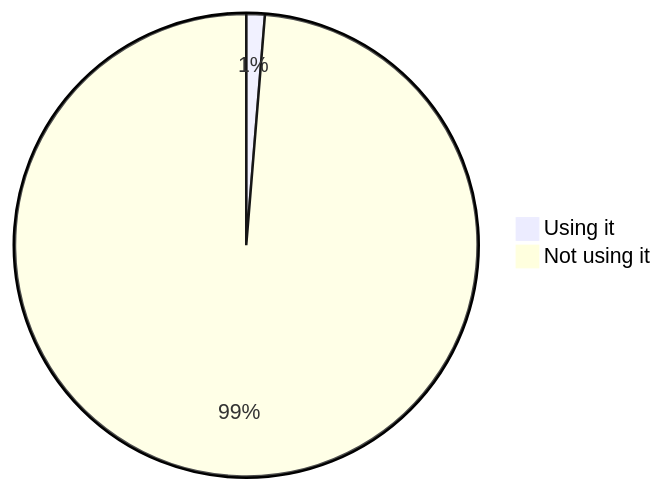
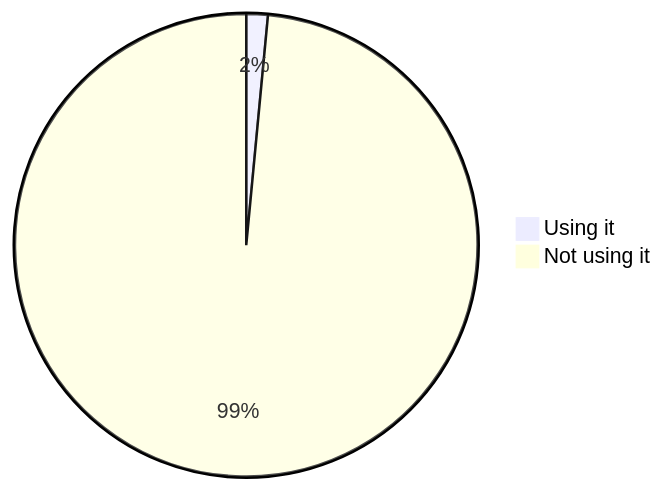
The sixth of 22 diagrams in stats.md (oshp/oshp-stats), drawn with Mermaid before and after one commit. The commit also changed other lines of this file, not shown here.

````diff
--- a/stats.md
+++ b/stats.md
@@ -70,6 +70,6 @@
 ```mermaid
 pie
-	"Using it" : 1.29
-	"Not using it" : 98.71
+	"Using it" : 1.5
+	"Not using it" : 98.5
 
 ```
````
